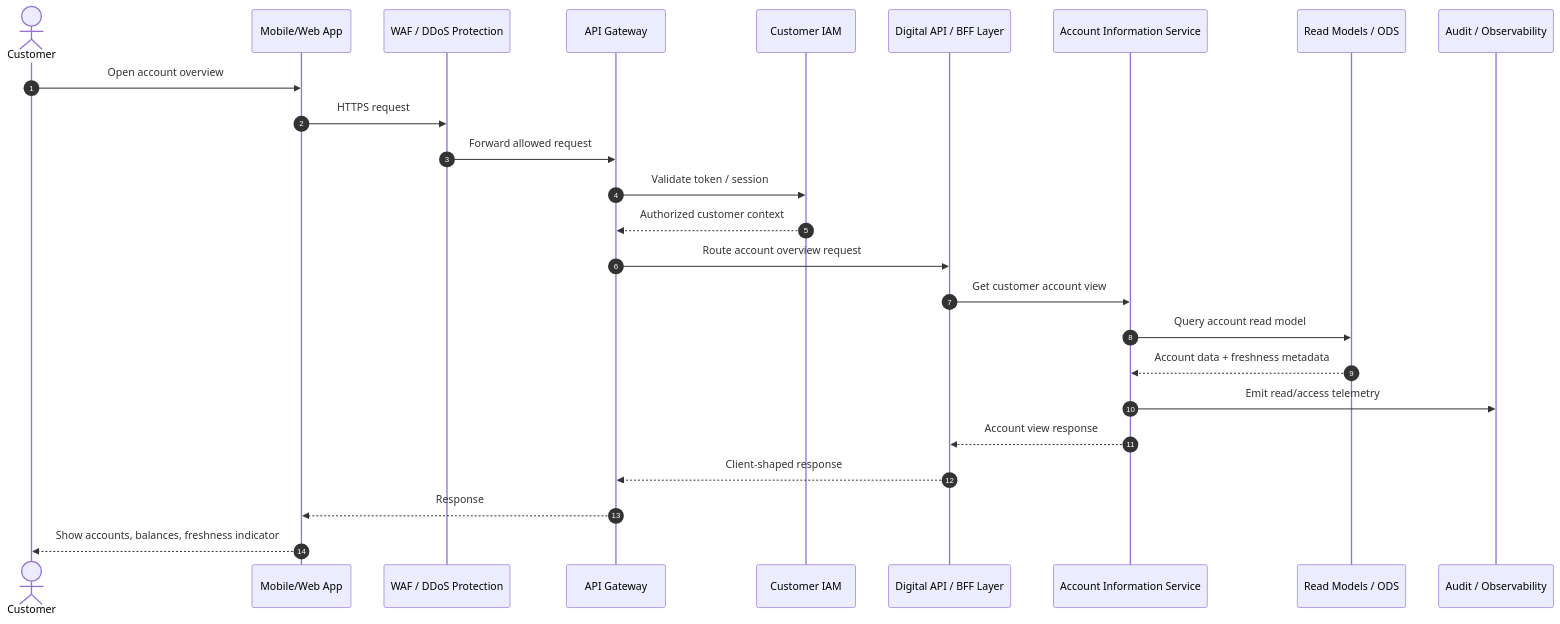
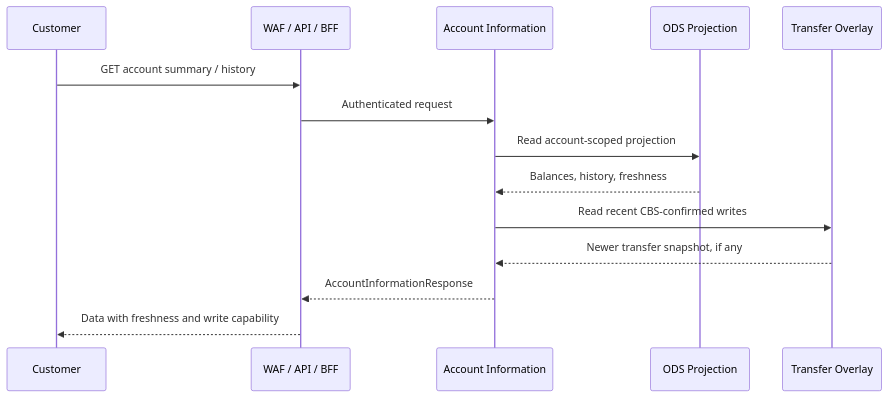
Before and after one commit to pikos-apikos/ge-architecture-project: the diagram in docs/diagrams/02-account-information-flow.mmd, drawn with Mermaid. The commit also changed 43 other files, not shown here.

```diff
--- a/docs/diagrams/02-account-information-flow.mmd
+++ b/docs/diagrams/02-account-information-flow.mmd
@@ -1,26 +1,14 @@
 sequenceDiagram
-    autonumber
-    actor Customer
-    participant Channel as Mobile/Web App
-    participant WAF as WAF / DDoS Protection
-    participant APIGW as API Gateway
-    participant IAM as Customer IAM
-    participant BFF as Digital API / BFF Layer
-    participant AccountSvc as Account Information Service
-    participant ODS as Read Models / ODS
-    participant Audit as Audit / Observability
-
-    Customer->>Channel: Open account overview
-    Channel->>WAF: HTTPS request
-    WAF->>APIGW: Forward allowed request
-    APIGW->>IAM: Validate token / session
-    IAM-->>APIGW: Authorized customer context
-    APIGW->>BFF: Route account overview request
-    BFF->>AccountSvc: Get customer account view
-    AccountSvc->>ODS: Query account read model
-    ODS-->>AccountSvc: Account data + freshness metadata
-    AccountSvc->>Audit: Emit read/access telemetry
-    AccountSvc-->>BFF: Account view response
-    BFF-->>APIGW: Client-shaped response
-    APIGW-->>Channel: Response
-    Channel-->>Customer: Show accounts, balances, freshness indicator
+  participant C as Customer
+  participant E as WAF / API / BFF
+  participant A as Account Information
+  participant O as ODS Projection
+  participant T as Transfer Overlay
+  C->>E: GET account summary / history
+  E->>A: Authenticated request
+  A->>O: Read account-scoped projection
+  O-->>A: Balances, history, freshness
+  A->>T: Read recent CBS-confirmed writes
+  T-->>A: Newer transfer snapshot, if any
+  A-->>E: AccountInformationResponse
+  E-->>C: Data with freshness and write capability
```
